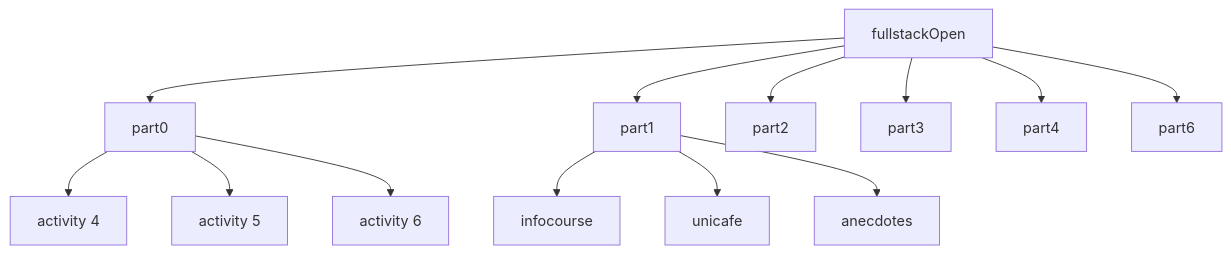
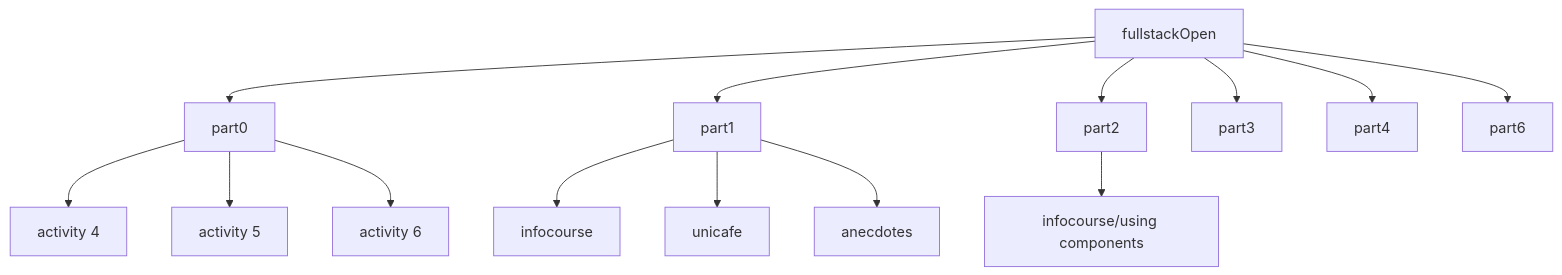
One commit to Aushzlten12/fullstackOpen changed the diagram in README.md. Above: the diagram before and after it, drawn with Mermaid.

````diff
--- a/README.md
+++ b/README.md
@@ -3,16 +3,17 @@
 ```mermaid
 graph TD
   A[fullstackOpen]
   A --> B[part0]
   A --> C[part1]
   A --> D[part2]
   A --> E[part3]
   A --> F[part4]
   A --> G[part6]
   B --> H[activity 4]
   B --> I[activity 5]
   B --> J[activity 6]
   C --> K[infocourse]
   C --> L[unicafe]
   C --> M[anecdotes]
+  D --> N[infocourse/using components]
 ```
````
